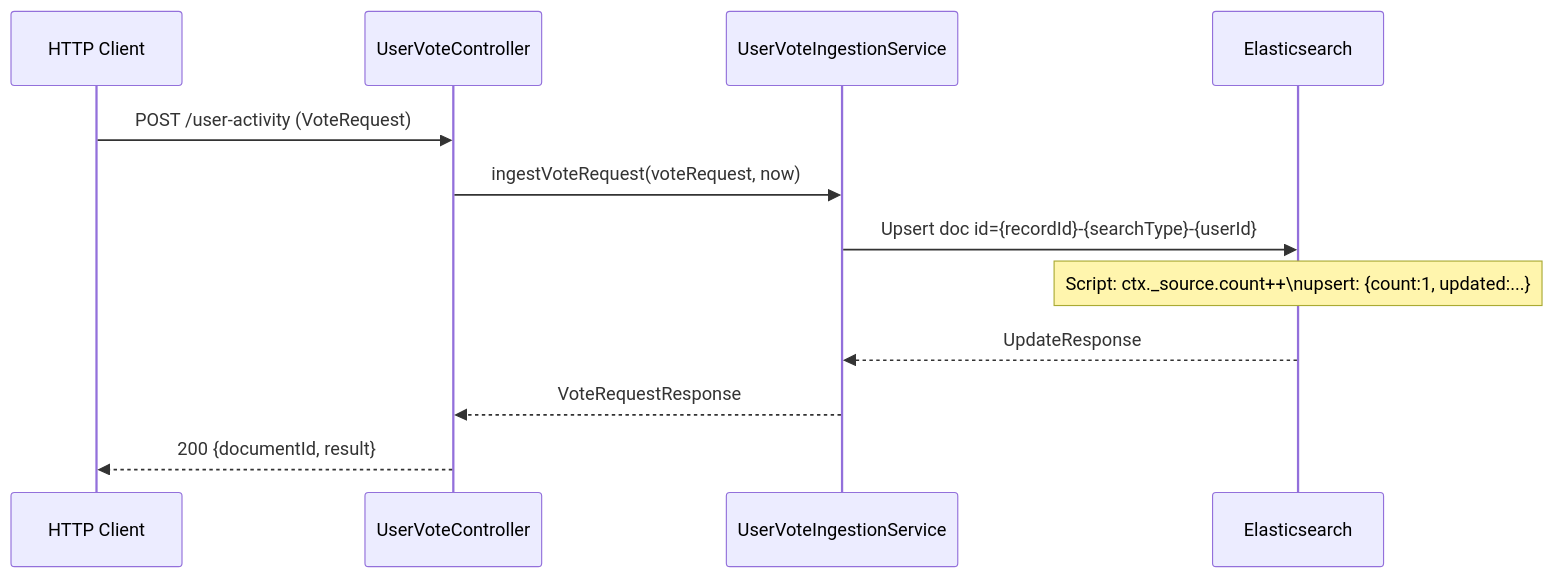
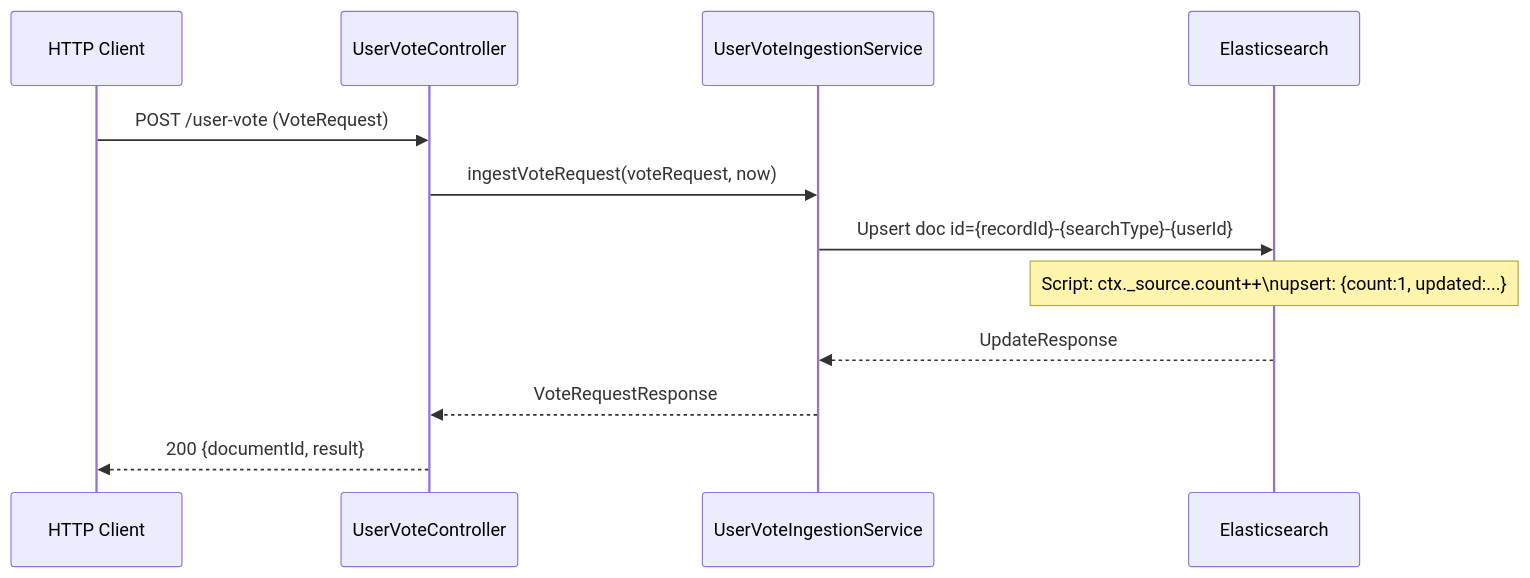
Before and after one commit to nklip/JavaCraft: the second of 2 diagrams in elastic/README.md, drawn with Mermaid. The commit also changed other lines of this file and 16 other files, not shown here.

````diff
--- a/elastic/README.md
+++ b/elastic/README.md
@@ -248,15 +248,15 @@
 ```mermaid
 sequenceDiagram
     participant C as HTTP Client
     participant UHC as UserVoteController
     participant UHIS as UserVoteIngestionService
     participant ES as Elasticsearch
 
-    C->>UHC: POST /user-activity (VoteRequest)
+    C->>UHC: POST /user-vote (VoteRequest)
     UHC->>UHIS: ingestVoteRequest(voteRequest, now)
     UHIS->>ES: Upsert doc id={recordId}-{searchType}-{userId}
     note over ES: Script: ctx._source.count++\nupsert: {count:1, updated:...}
     ES-->>UHIS: UpdateResponse
     UHIS-->>UHC: VoteRequestResponse
     UHC-->>C: 200 {documentId, result}
 ```
````
